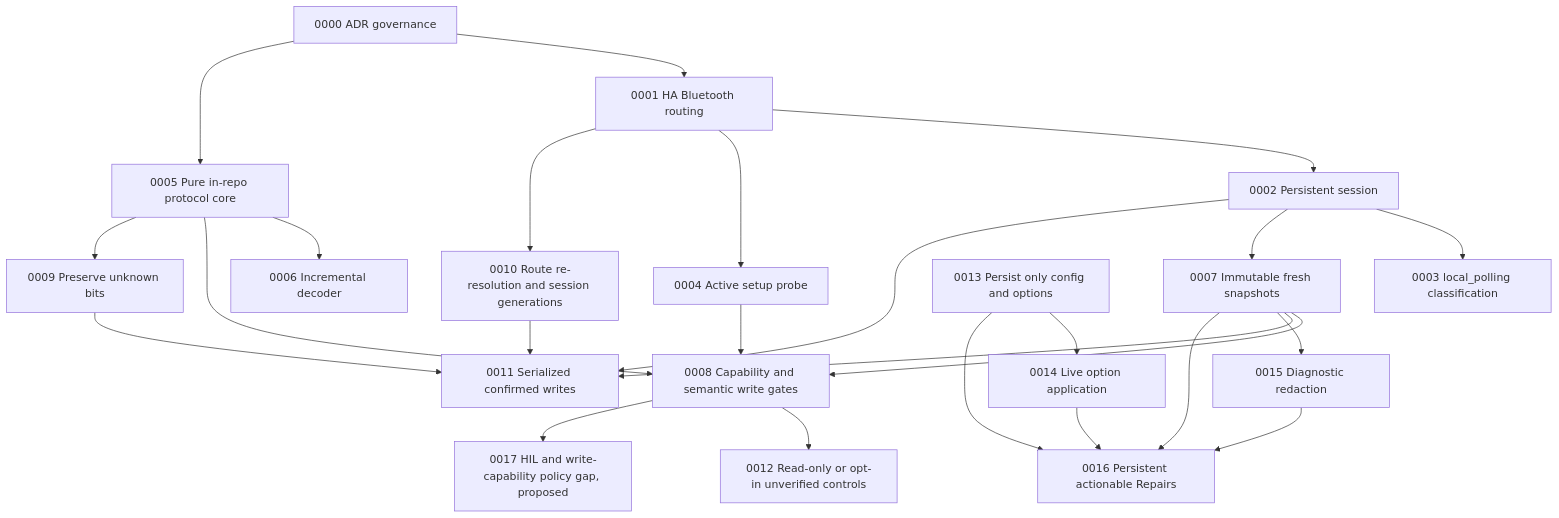
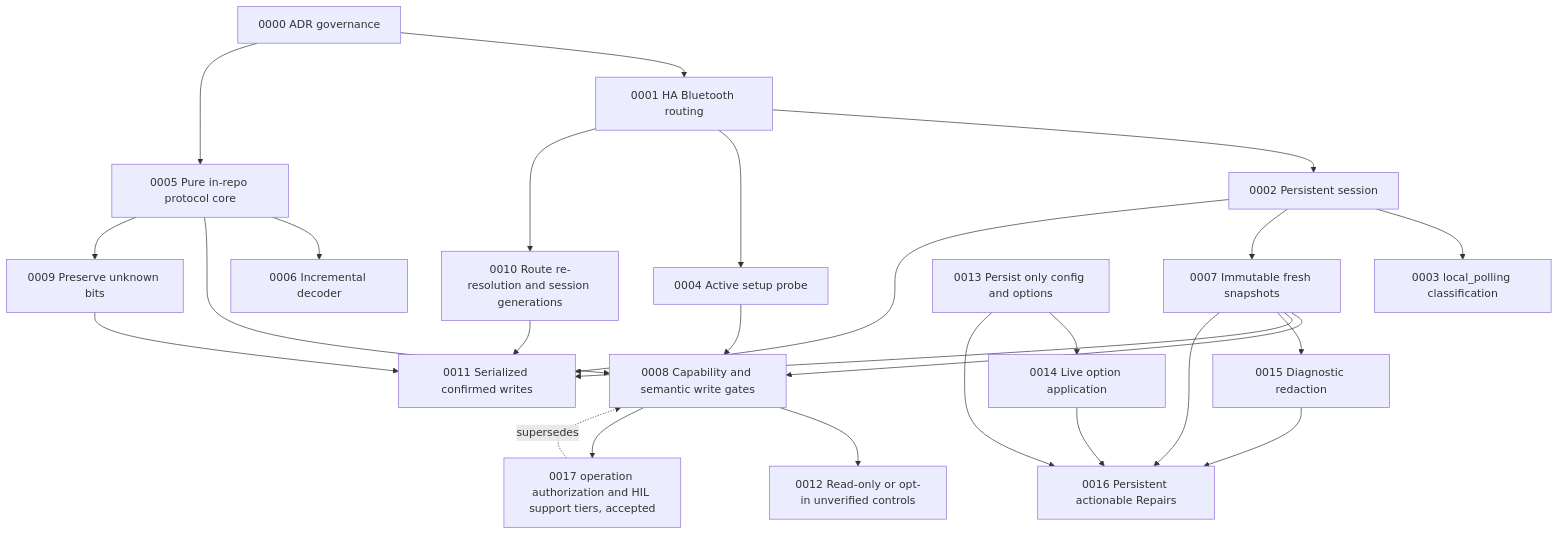
Before and after one commit to dedalodaelus/home-assistant-allpowers-ble: the diagram in docs/architecture/decisions/README.md, drawn with Mermaid. The commit also changed other lines of this file and 8 other files, not shown here.

Commit message:
docs: reconcile HIL write authorization policy (#246)

````diff
--- a/docs/architecture/decisions/README.md
+++ b/docs/architecture/decisions/README.md
@@ -39,46 +39,47 @@
 ```mermaid
 flowchart TB
     A0[0000 ADR governance]
     A1[0001 HA Bluetooth routing]
     A2[0002 Persistent session]
     A3[0003 local_polling classification]
     A4[0004 Active setup probe]
     A5[0005 Pure in-repo protocol core]
     A6[0006 Incremental decoder]
     A7[0007 Immutable fresh snapshots]
     A8[0008 Capability and semantic write gates]
     A9[0009 Preserve unknown bits]
     A10[0010 Route re-resolution and session generations]
     A11[0011 Serialized confirmed writes]
     A12[0012 Read-only or opt-in unverified controls]
     A13[0013 Persist only config and options]
     A14[0014 Live option application]
     A15[0015 Diagnostic redaction]
     A16[0016 Persistent actionable Repairs]
-    A17[0017 HIL and write-capability policy gap, proposed]
+    A17[0017 operation authorization and HIL support tiers, accepted]
 
     A0 --> A1
     A0 --> A5
     A1 --> A2
     A1 --> A4
     A1 --> A10
     A2 --> A3
     A2 --> A7
     A2 --> A11
     A4 --> A8
     A5 --> A6
     A5 --> A8
     A5 --> A9
     A7 --> A8
     A7 --> A11
     A8 --> A12
     A9 --> A11
     A10 --> A11
     A13 --> A14
     A7 --> A15
     A7 --> A16
     A13 --> A16
     A14 --> A16
     A15 --> A16
     A8 --> A17
+    A17 -. supersedes .-> A8
 ```
````
